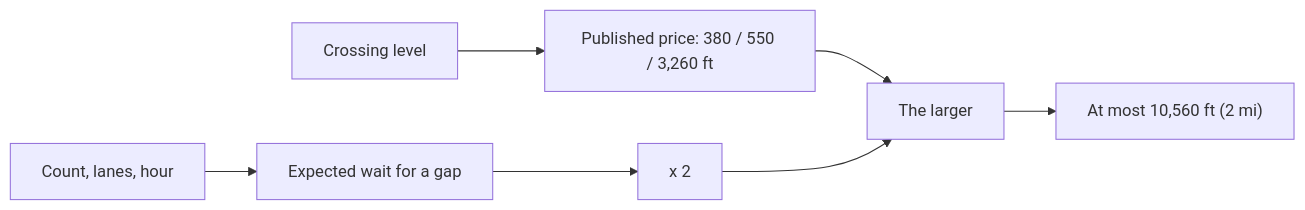
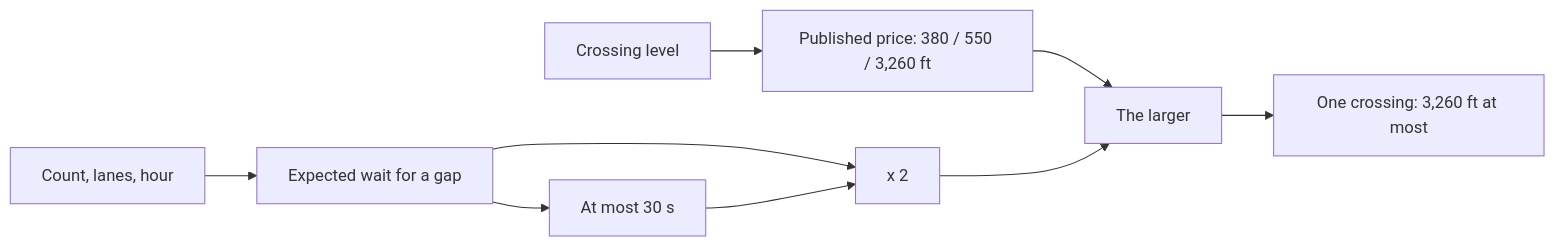
Before and after one commit to Macrophage87/RouteMaker: the second of 10 diagrams in docs/stress/intersections.md, drawn with Mermaid. The commit also changed other lines of this file and 21 other files, not shown here.

````diff
--- a/docs/stress/intersections.md
+++ b/docs/stress/intersections.md
@@ -129,9 +130,11 @@
 ```mermaid
 flowchart LR
   A["Crossing level"] --> B["Published price: 380 / 550 / 3,260 ft"]
   C["Count, lanes, hour"] --> D["Expected wait for a gap"]
   D --> E["x 2"]
   B --> F["The larger"]
   E --> F
-  F --> G["At most 10,560 ft (2 mi)"]
+  D --> H["At most 30 s"]
+  H --> E
+  F --> G["One crossing: 3,260 ft at most"]
 ```
````
